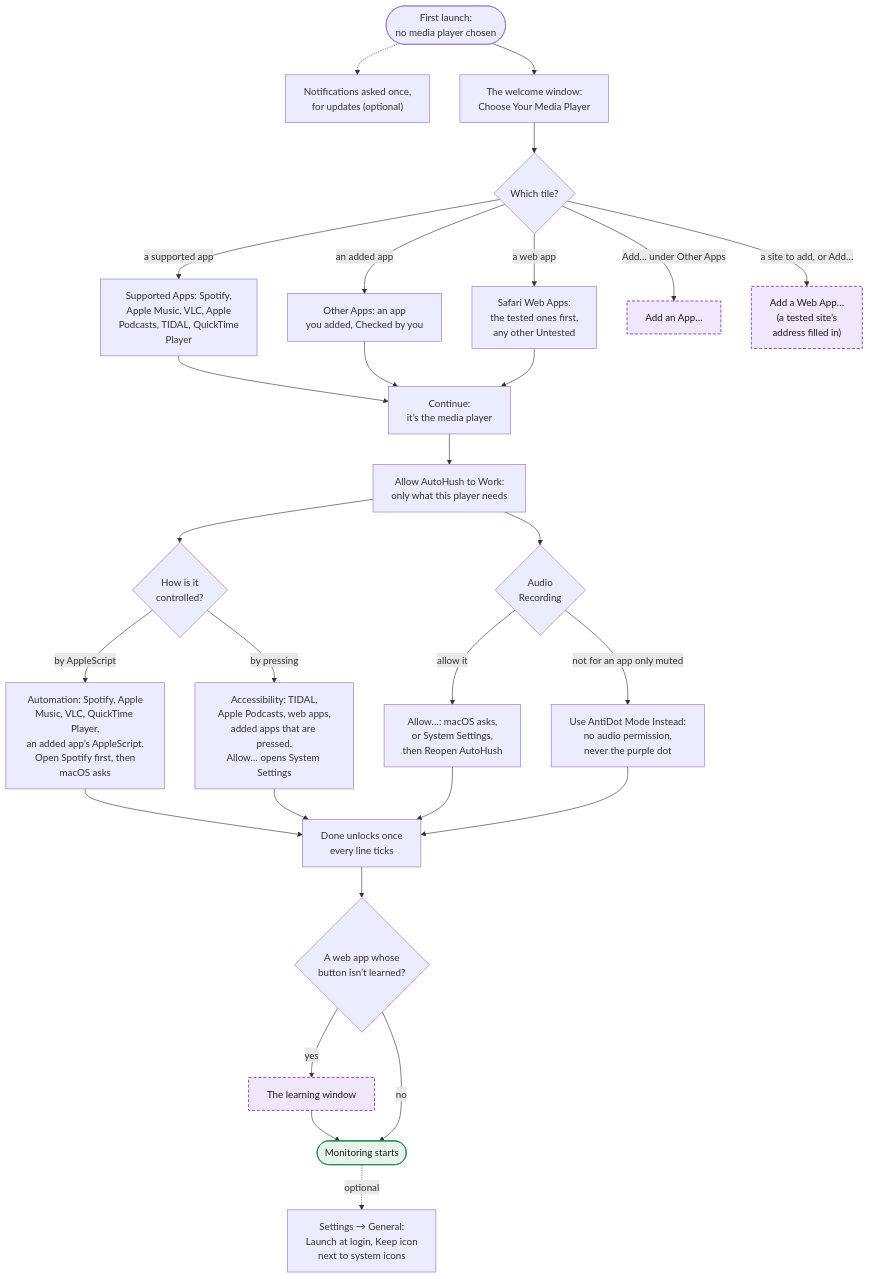
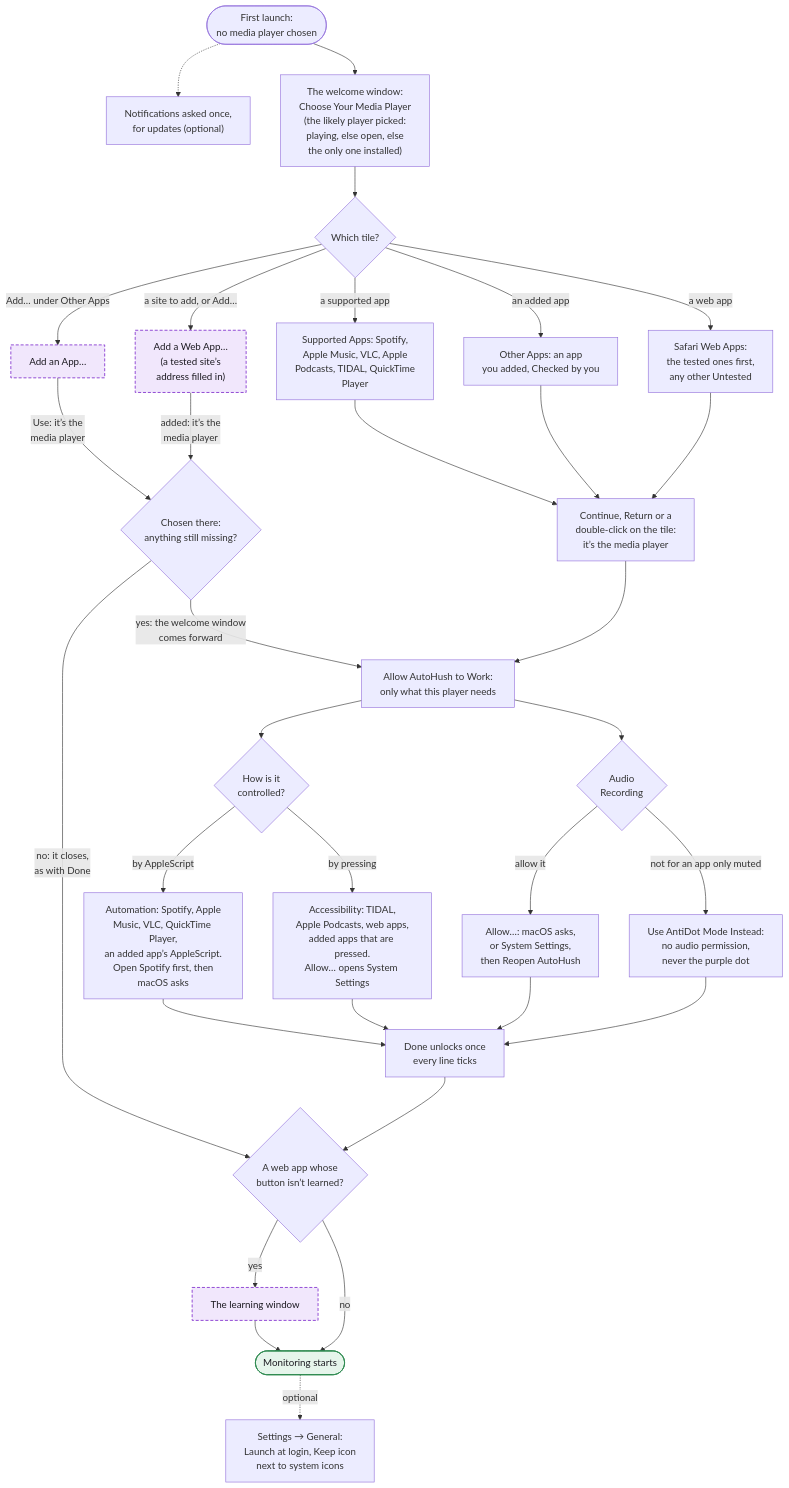
Before and after one commit to hfustercabre/AutoHush: the second of 14 diagrams in WORKFLOWS.md, drawn with Mermaid. The commit also changed other lines of this file and 3 other files, not shown here.

First line of the commit message:
docs: phase 3 in the changelog, style guide and flowcharts

````diff
--- a/WORKFLOWS.md
+++ b/WORKFLOWS.md
@@ -79,54 +79,59 @@
 ```mermaid
 flowchart TD
   A(["First launch:<br/>no media player chosen"])
   NT["Notifications asked once,<br/>for updates (optional)"]
-  W["The welcome window:<br/>Choose Your Media Player"]
+  W["The welcome window:<br/>Choose Your Media Player<br/>(the likely player picked:<br/>playing, else open, else<br/>the only one installed)"]
   K{"Which tile?"}
   SUP["Supported Apps: Spotify,<br/>Apple Music, VLC, Apple<br/>Podcasts, TIDAL, QuickTime<br/>Player"]
   OTH["Other Apps: an app<br/>you added, Checked by you"]
   WEB["Safari Web Apps:<br/>the tested ones first,<br/>any other Untested"]
   ADDAPP["Add an App…"]
   ADDWEB["Add a Web App…<br/>(a tested site’s<br/>address filled in)"]
-  CONT["Continue:<br/>it’s the media player"]
+  CONT["Continue, Return or a<br/>double-click on the tile:<br/>it’s the media player"]
   PERM["Allow AutoHush to Work:<br/>only what this player needs"]
   CTRL{"How is it<br/>controlled?"}
   AUT["Automation: Spotify, Apple<br/>Music, VLC, QuickTime Player,<br/>an added app’s AppleScript.<br/>Open Spotify first, then<br/>macOS asks"]
   ACC["Accessibility: TIDAL,<br/>Apple Podcasts, web apps,<br/>added apps that are pressed.<br/>Allow… opens System Settings"]
   AUD{"Audio<br/>Recording"}
   ALW["Allow…: macOS asks,<br/>or System Settings,<br/>then Reopen AutoHush"]
   ANT["Use AntiDot Mode Instead:<br/>no audio permission,<br/>never the purple dot"]
   DONE["Done unlocks once<br/>every line ticks"]
   LRN{"A web app whose<br/>button isn’t learned?"}
   LW["The learning window"]
   RUN(["Monitoring starts"])
   LOG["Settings → General:<br/>Launch at login, Keep icon<br/>next to system icons"]
+  BACK{"Chosen there:<br/>anything still missing?"}
 
   A --> W
   A -.-> NT
   W --> K
   K -->|"a supported app"| SUP --> CONT
   K -->|"an added app"| OTH --> CONT
   K -->|"a web app"| WEB --> CONT
   K -->|"Add… under Other Apps"| ADDAPP
   K -->|"a site to add, or Add…"| ADDWEB
+  ADDAPP -->|"Use: it’s the<br/>media player"| BACK
+  ADDWEB -->|"added: it’s the<br/>media player"| BACK
+  BACK -->|"yes: the welcome window<br/>comes forward"| PERM
+  BACK -->|"no: it closes,<br/>as with Done"| LRN
   CONT --> PERM
   PERM --> CTRL
   PERM --> AUD
   CTRL -->|"by AppleScript"| AUT
   CTRL -->|"by pressing"| ACC
   AUD -->|"allow it"| ALW
   AUD -->|"not for an app only muted"| ANT
   AUT --> DONE
   ACC --> DONE
   ALW --> DONE
   ANT --> DONE
   DONE --> LRN
   LRN -->|"yes"| LW --> RUN
   LRN -->|"no"| RUN
   RUN -.->|"optional"| LOG
 
   class ADDAPP,ADDWEB,LW ref
   class RUN done
   classDef ref fill:#f1e7fc,stroke:#8a3fd1,stroke-width:1.5px,stroke-dasharray: 5 3,color:#1d1b22
   classDef done fill:#e6f5eb,stroke:#2f8a50,stroke-width:1.5px,color:#1d1b22
 ```
````
